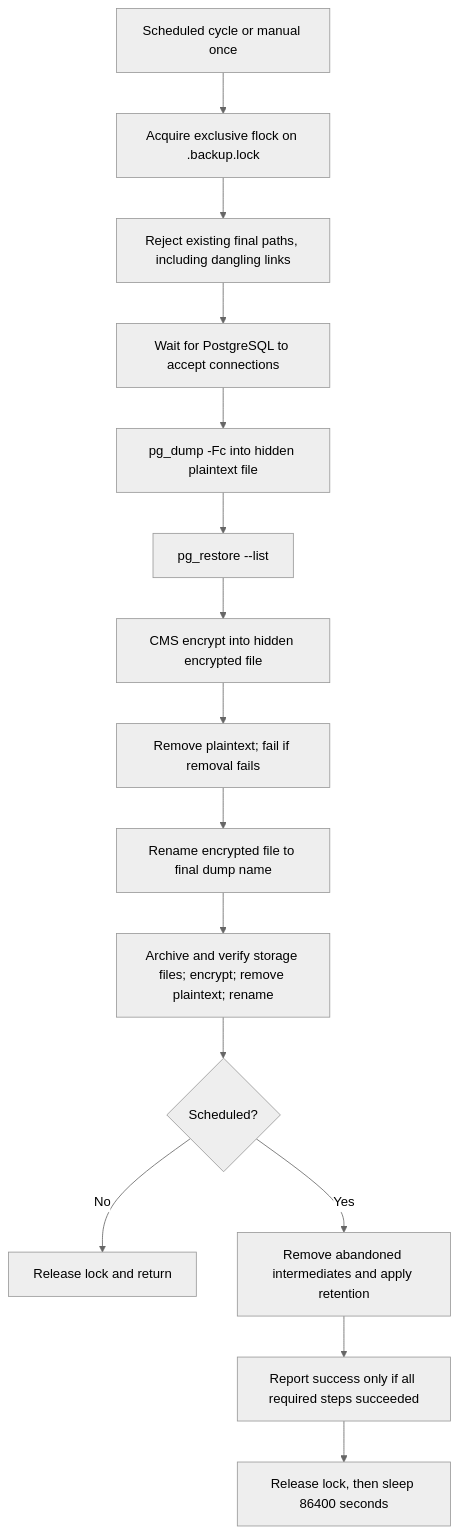
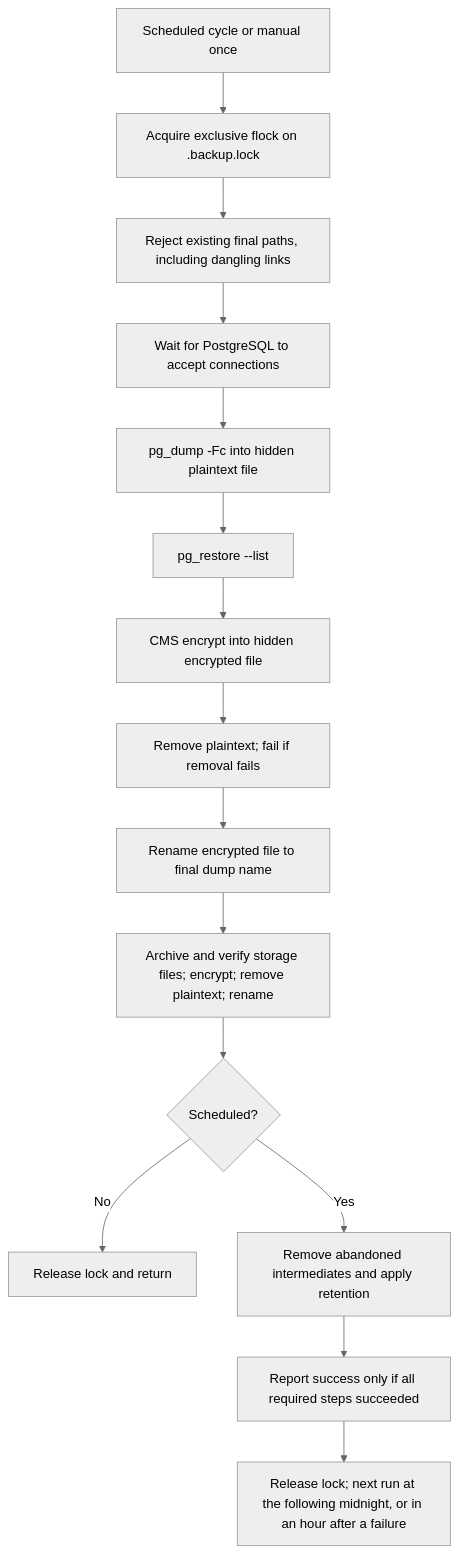
The second of 5 diagrams in docs/backups-and-restore.md (ohcnetwork/care_clinic), drawn with Mermaid (neutral theme) before and after one commit. The commit also changed other lines of this file, not shown here.

Commit message:
Update the backup flowchart for the nightly schedule

````diff
--- a/docs/backups-and-restore.md
+++ b/docs/backups-and-restore.md
@@ -490,17 +490,17 @@
 ```mermaid
 flowchart TD
     Request["Scheduled cycle or manual once"] --> Lock["Acquire exclusive flock on .backup.lock"]
     Lock --> Collision["Reject existing final paths, including dangling links"]
     Collision --> Ready["Wait for PostgreSQL to accept connections"]
     Ready --> Dump["pg_dump -Fc into hidden plaintext file"]
     Dump --> Verify["pg_restore --list"]
     Verify --> Encrypt["CMS encrypt into hidden encrypted file"]
     Encrypt --> Remove["Remove plaintext; fail if removal fails"]
     Remove --> Publish["Rename encrypted file to final dump name"]
     Publish --> Files["Archive and verify storage files; encrypt; remove plaintext; rename"]
     Files --> Mode{"Scheduled?"}
     Mode -- No --> Unlock["Release lock and return"]
     Mode -- Yes --> Prune["Remove abandoned intermediates and apply retention"]
     Prune --> Result["Report success only if all required steps succeeded"]
-    Result --> Sleep["Release lock, then sleep 86400 seconds"]
+    Result --> Sleep["Release lock; next run at the following midnight, or in an hour after a failure"]
 ```
````
